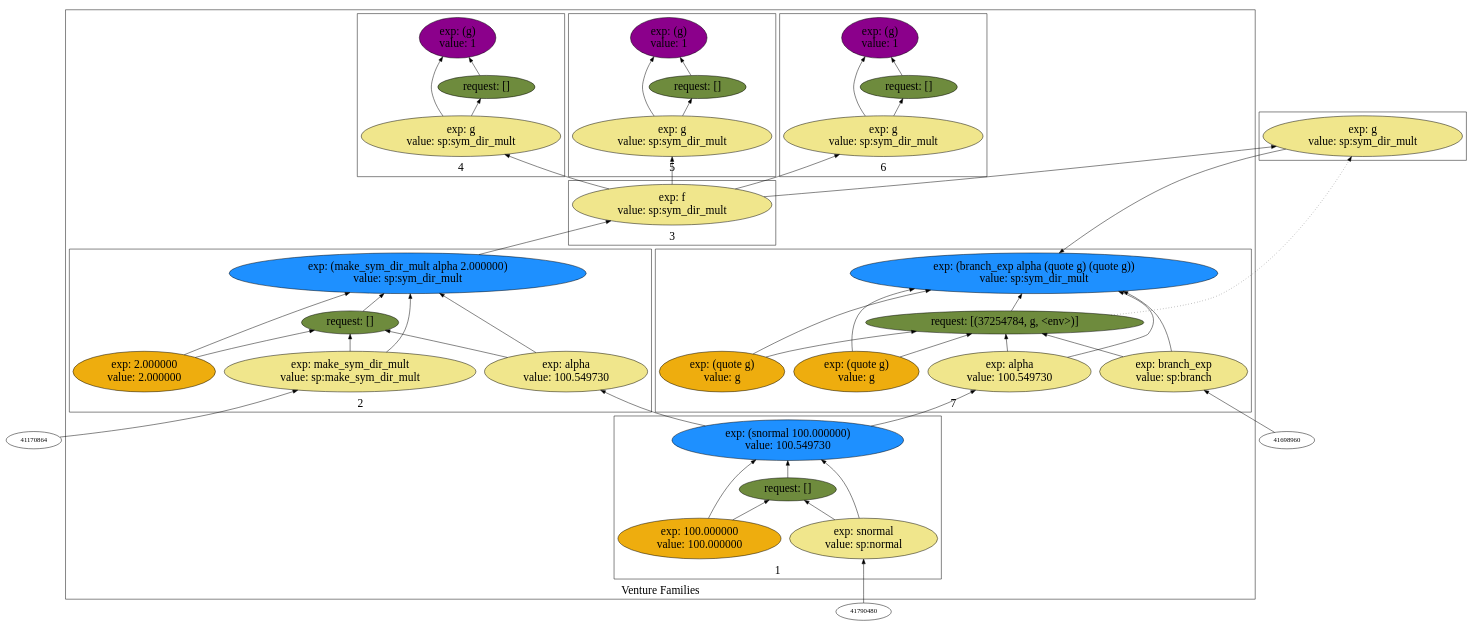
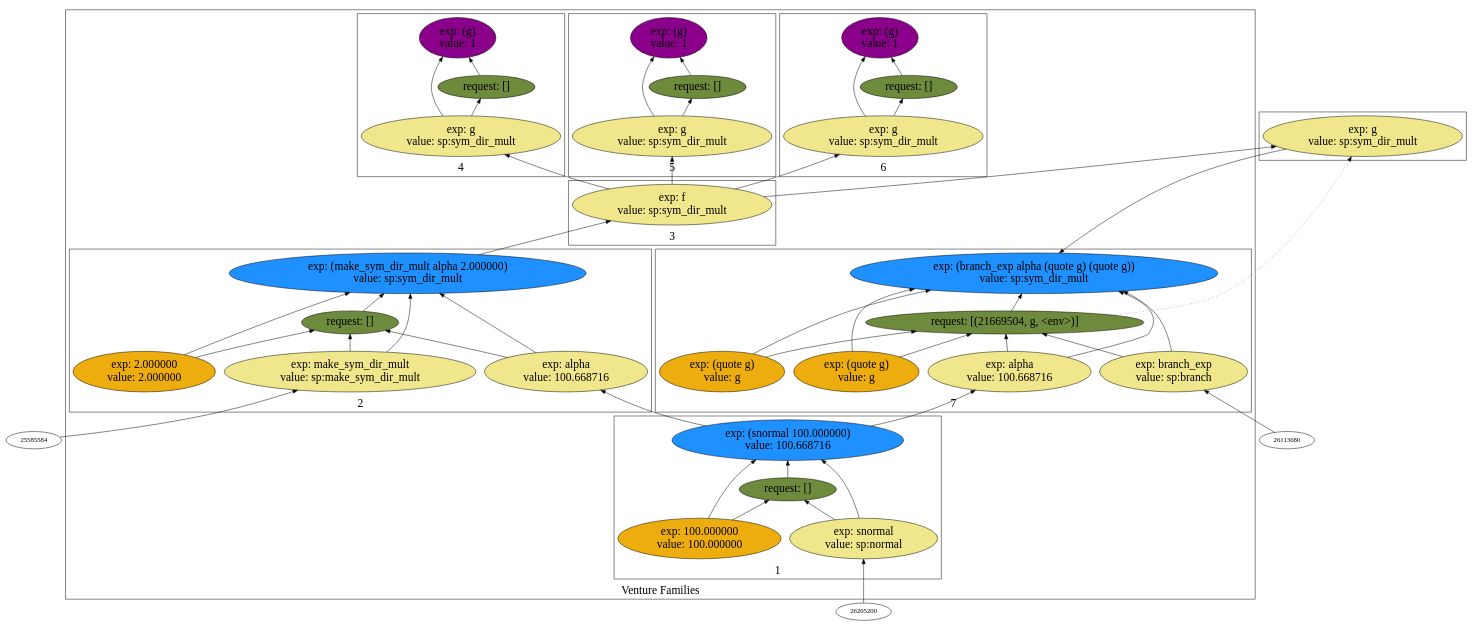
One commit to probcomp/Venturecxx changed the diagram in backend/cxx/pdf_graphs/aaa_challenge_with_aaa/dot1.dot. Above: the diagram before and after it, drawn with Graphviz. The commit also changed 326 other files, not shown here.

```diff
--- a/backend/cxx/pdf_graphs/aaa_challenge_with_aaa/dot1.dot
+++ b/backend/cxx/pdf_graphs/aaa_challenge_with_aaa/dot1.dot
@@ -5,105 +5,105 @@
 label="Venture Families"
 subgraph cluster2 {
 label="1"
-"36828112"["fillcolor"="dodgerblue" "fontsize"="24" "label"="exp: (snormal 100.000000)\nvalue: 100.549730" "shape"="ellipse" "style"="filled" ]
-"41282896"["fillcolor"="darkolivegreen4" "fontsize"="24" "label"="request: []" "shape"="ellipse" "style"="filled" ]
-"37170512"["fillcolor"="khaki" "fontsize"="24" "label"="exp: snormal\nvalue: sp:normal" "shape"="ellipse" "style"="filled" ]
-"35601072"["fillcolor"="darkgoldenrod2" "fontsize"="24" "label"="exp: 100.000000\nvalue: 100.000000" "shape"="ellipse" "style"="filled" ]
+"21242832"["fillcolor"="dodgerblue" "fontsize"="24" "label"="exp: (snormal 100.000000)\nvalue: 100.668716" "shape"="ellipse" "style"="filled" ]
+"25697616"["fillcolor"="darkolivegreen4" "fontsize"="24" "label"="request: []" "shape"="ellipse" "style"="filled" ]
+"21585232"["fillcolor"="khaki" "fontsize"="24" "label"="exp: snormal\nvalue: sp:normal" "shape"="ellipse" "style"="filled" ]
+"20015792"["fillcolor"="darkgoldenrod2" "fontsize"="24" "label"="exp: 100.000000\nvalue: 100.000000" "shape"="ellipse" "style"="filled" ]
 }
 
 subgraph cluster3 {
 label="2"
-"34675744"["fillcolor"="dodgerblue" "fontsize"="24" "label"="exp: (make_sym_dir_mult alpha 2.000000)\nvalue: sp:sym_dir_mult" "shape"="ellipse" "style"="filled" ]
-"35342768"["fillcolor"="darkolivegreen4" "fontsize"="24" "label"="request: []" "shape"="ellipse" "style"="filled" ]
-"35112672"["fillcolor"="khaki" "fontsize"="24" "label"="exp: make_sym_dir_mult\nvalue: sp:make_sym_dir_mult" "shape"="ellipse" "style"="filled" ]
-"35588656"["fillcolor"="khaki" "fontsize"="24" "label"="exp: alpha\nvalue: 100.549730" "shape"="ellipse" "style"="filled" ]
-"35128112"["fillcolor"="darkgoldenrod2" "fontsize"="24" "label"="exp: 2.000000\nvalue: 2.000000" "shape"="ellipse" "style"="filled" ]
+"19090464"["fillcolor"="dodgerblue" "fontsize"="24" "label"="exp: (make_sym_dir_mult alpha 2.000000)\nvalue: sp:sym_dir_mult" "shape"="ellipse" "style"="filled" ]
+"19757488"["fillcolor"="darkolivegreen4" "fontsize"="24" "label"="request: []" "shape"="ellipse" "style"="filled" ]
+"19527392"["fillcolor"="khaki" "fontsize"="24" "label"="exp: make_sym_dir_mult\nvalue: sp:make_sym_dir_mult" "shape"="ellipse" "style"="filled" ]
+"20003376"["fillcolor"="khaki" "fontsize"="24" "label"="exp: alpha\nvalue: 100.668716" "shape"="ellipse" "style"="filled" ]
+"19542832"["fillcolor"="darkgoldenrod2" "fontsize"="24" "label"="exp: 2.000000\nvalue: 2.000000" "shape"="ellipse" "style"="filled" ]
 }
 
 subgraph cluster4 {
 label="3"
-"36243120"["fillcolor"="khaki" "fontsize"="24" "label"="exp: f\nvalue: sp:sym_dir_mult" "shape"="ellipse" "style"="filled" ]
+"20657840"["fillcolor"="khaki" "fontsize"="24" "label"="exp: f\nvalue: sp:sym_dir_mult" "shape"="ellipse" "style"="filled" ]
 }
 
 subgraph cluster5 {
 label="4"
-"34747040"["fillcolor"="magenta4" "fontsize"="24" "label"="exp: (g)\nvalue: 1" "shape"="ellipse" "style"="filled" ]
-"36593296"["fillcolor"="darkolivegreen4" "fontsize"="24" "label"="request: []" "shape"="ellipse" "style"="filled" ]
-"36640224"["fillcolor"="khaki" "fontsize"="24" "label"="exp: g\nvalue: sp:sym_dir_mult" "shape"="ellipse" "style"="filled" ]
+"19161760"["fillcolor"="magenta4" "fontsize"="24" "label"="exp: (g)\nvalue: 1" "shape"="ellipse" "style"="filled" ]
+"21008016"["fillcolor"="darkolivegreen4" "fontsize"="24" "label"="request: []" "shape"="ellipse" "style"="filled" ]
+"21054944"["fillcolor"="khaki" "fontsize"="24" "label"="exp: g\nvalue: sp:sym_dir_mult" "shape"="ellipse" "style"="filled" ]
 }
 
 subgraph cluster6 {
 label="5"
-"36129440"["fillcolor"="magenta4" "fontsize"="24" "label"="exp: (g)\nvalue: 1" "shape"="ellipse" "style"="filled" ]
-"34848512"["fillcolor"="darkolivegreen4" "fontsize"="24" "label"="request: []" "shape"="ellipse" "style"="filled" ]
-"36839072"["fillcolor"="khaki" "fontsize"="24" "label"="exp: g\nvalue: sp:sym_dir_mult" "shape"="ellipse" "style"="filled" ]
+"20544160"["fillcolor"="magenta4" "fontsize"="24" "label"="exp: (g)\nvalue: 1" "shape"="ellipse" "style"="filled" ]
+"19263232"["fillcolor"="darkolivegreen4" "fontsize"="24" "label"="request: []" "shape"="ellipse" "style"="filled" ]
+"21253792"["fillcolor"="khaki" "fontsize"="24" "label"="exp: g\nvalue: sp:sym_dir_mult" "shape"="ellipse" "style"="filled" ]
 }
 
 subgraph cluster7 {
 label="6"
-"36121328"["fillcolor"="magenta4" "fontsize"="24" "label"="exp: (g)\nvalue: 1" "shape"="ellipse" "style"="filled" ]
-"36865616"["fillcolor"="darkolivegreen4" "fontsize"="24" "label"="request: []" "shape"="ellipse" "style"="filled" ]
-"37179568"["fillcolor"="khaki" "fontsize"="24" "label"="exp: g\nvalue: sp:sym_dir_mult" "shape"="ellipse" "style"="filled" ]
+"20536048"["fillcolor"="magenta4" "fontsize"="24" "label"="exp: (g)\nvalue: 1" "shape"="ellipse" "style"="filled" ]
+"21280336"["fillcolor"="darkolivegreen4" "fontsize"="24" "label"="request: []" "shape"="ellipse" "style"="filled" ]
+"21594288"["fillcolor"="khaki" "fontsize"="24" "label"="exp: g\nvalue: sp:sym_dir_mult" "shape"="ellipse" "style"="filled" ]
 }
 
 subgraph cluster8 {
 label="7"
-"35549456"["fillcolor"="dodgerblue" "fontsize"="24" "label"="exp: (branch_exp alpha (quote g) (quote g))\nvalue: sp:sym_dir_mult" "shape"="ellipse" "style"="filled" ]
-"37254784"["fillcolor"="darkolivegreen4" "fontsize"="24" "label"="request: [(37254784, g, <env>)]" "shape"="ellipse" "style"="filled" ]
-"37726128"["fillcolor"="khaki" "fontsize"="24" "label"="exp: branch_exp\nvalue: sp:branch" "shape"="ellipse" "style"="filled" ]
-"36870592"["fillcolor"="khaki" "fontsize"="24" "label"="exp: alpha\nvalue: 100.549730" "shape"="ellipse" "style"="filled" ]
-"33142112"["fillcolor"="darkgoldenrod2" "fontsize"="24" "label"="exp: (quote g)\nvalue: g" "shape"="ellipse" "style"="filled" ]
-"37154352"["fillcolor"="darkgoldenrod2" "fontsize"="24" "label"="exp: (quote g)\nvalue: g" "shape"="ellipse" "style"="filled" ]
+"19964176"["fillcolor"="dodgerblue" "fontsize"="24" "label"="exp: (branch_exp alpha (quote g) (quote g))\nvalue: sp:sym_dir_mult" "shape"="ellipse" "style"="filled" ]
+"21669504"["fillcolor"="darkolivegreen4" "fontsize"="24" "label"="request: [(21669504, g, <env>)]" "shape"="ellipse" "style"="filled" ]
+"22140848"["fillcolor"="khaki" "fontsize"="24" "label"="exp: branch_exp\nvalue: sp:branch" "shape"="ellipse" "style"="filled" ]
+"21285312"["fillcolor"="khaki" "fontsize"="24" "label"="exp: alpha\nvalue: 100.668716" "shape"="ellipse" "style"="filled" ]
+"17556832"["fillcolor"="darkgoldenrod2" "fontsize"="24" "label"="exp: (quote g)\nvalue: g" "shape"="ellipse" "style"="filled" ]
+"21569072"["fillcolor"="darkgoldenrod2" "fontsize"="24" "label"="exp: (quote g)\nvalue: g" "shape"="ellipse" "style"="filled" ]
 }
 
 }
 
 subgraph cluster9 {
 label=""
-"35141008"["fillcolor"="khaki" "fontsize"="24" "label"="exp: g\nvalue: sp:sym_dir_mult" "shape"="ellipse" "style"="filled" ]
+"19555728"["fillcolor"="khaki" "fontsize"="24" "label"="exp: g\nvalue: sp:sym_dir_mult" "shape"="ellipse" "style"="filled" ]
 }
 
-"35112672" -> "34675744"["arrowhead"="normal" "color"="black" "constraint"="true" "style"="solid" ]
-"35112672" -> "35342768"["arrowhead"="normal" "color"="black" "constraint"="true" "style"="solid" ]
-"41170864" -> "35112672"["arrowhead"="normal" "color"="black" "constraint"="true" "style"="solid" ]
-"35588656" -> "34675744"["arrowhead"="normal" "color"="black" "constraint"="true" "style"="solid" ]
-"35588656" -> "35342768"["arrowhead"="normal" "color"="black" "constraint"="true" "style"="solid" ]
-"36828112" -> "35588656"["arrowhead"="normal" "color"="black" "constraint"="true" "style"="solid" ]
-"35128112" -> "34675744"["arrowhead"="normal" "color"="black" "constraint"="true" "style"="solid" ]
-"35128112" -> "35342768"["arrowhead"="normal" "color"="black" "constraint"="true" "style"="solid" ]
-"35342768" -> "34675744"["arrowhead"="normal" "color"="black" "constraint"="true" "style"="solid" ]
-"36640224" -> "34747040"["arrowhead"="normal" "color"="black" "constraint"="true" "style"="solid" ]
-"36640224" -> "36593296"["arrowhead"="normal" "color"="black" "constraint"="true" "style"="solid" ]
-"36243120" -> "36640224"["arrowhead"="normal" "color"="black" "constraint"="true" "style"="solid" ]
-"36593296" -> "34747040"["arrowhead"="normal" "color"="black" "constraint"="true" "style"="solid" ]
-"36243120" -> "35141008"["arrowhead"="normal" "color"="black" "constraint"="true" "style"="solid" ]
-"37726128" -> "35549456"["arrowhead"="normal" "color"="black" "constraint"="true" "style"="solid" ]
-"37726128" -> "37254784"["arrowhead"="normal" "color"="black" "constraint"="true" "style"="solid" ]
-"41698960" -> "37726128"["arrowhead"="normal" "color"="black" "constraint"="true" "style"="solid" ]
-"36870592" -> "35549456"["arrowhead"="normal" "color"="black" "constraint"="true" "style"="solid" ]
-"36870592" -> "37254784"["arrowhead"="normal" "color"="black" "constraint"="true" "style"="solid" ]
-"36828112" -> "36870592"["arrowhead"="normal" "color"="black" "constraint"="true" "style"="solid" ]
-"33142112" -> "35549456"["arrowhead"="normal" "color"="black" "constraint"="true" "style"="solid" ]
-"33142112" -> "37254784"["arrowhead"="normal" "color"="black" "constraint"="true" "style"="solid" ]
-"37154352" -> "35549456"["arrowhead"="normal" "color"="black" "constraint"="true" "style"="solid" ]
-"37154352" -> "37254784"["arrowhead"="normal" "color"="black" "constraint"="true" "style"="solid" ]
-"37254784" -> "35549456"["arrowhead"="normal" "color"="black" "constraint"="true" "style"="solid" ]
-"35141008" -> "35549456"["arrowhead"="normal" "color"="black" "constraint"="true" "style"="solid" ]
-"37254784" -> "35141008"["arrowhead"="normal" "color"="black" "constraint"="false" "style"="dotted" ]
-"37179568" -> "36121328"["arrowhead"="normal" "color"="black" "constraint"="true" "style"="solid" ]
-"37179568" -> "36865616"["arrowhead"="normal" "color"="black" "constraint"="true" "style"="solid" ]
-"36243120" -> "37179568"["arrowhead"="normal" "color"="black" "constraint"="true" "style"="solid" ]
-"36865616" -> "36121328"["arrowhead"="normal" "color"="black" "constraint"="true" "style"="solid" ]
-"36839072" -> "36129440"["arrowhead"="normal" "color"="black" "constraint"="true" "style"="solid" ]
-"36839072" -> "34848512"["arrowhead"="normal" "color"="black" "constraint"="true" "style"="solid" ]
-"36243120" -> "36839072"["arrowhead"="normal" "color"="black" "constraint"="true" "style"="solid" ]
-"34848512" -> "36129440"["arrowhead"="normal" "color"="black" "constraint"="true" "style"="solid" ]
-"34675744" -> "36243120"["arrowhead"="normal" "color"="black" "constraint"="true" "style"="solid" ]
-"37170512" -> "36828112"["arrowhead"="normal" "color"="black" "constraint"="true" "style"="solid" ]
-"37170512" -> "41282896"["arrowhead"="normal" "color"="black" "constraint"="true" "style"="solid" ]
-"41790480" -> "37170512"["arrowhead"="normal" "color"="black" "constraint"="true" "style"="solid" ]
-"35601072" -> "36828112"["arrowhead"="normal" "color"="black" "constraint"="true" "style"="solid" ]
-"35601072" -> "41282896"["arrowhead"="normal" "color"="black" "constraint"="true" "style"="solid" ]
-"41282896" -> "36828112"["arrowhead"="normal" "color"="black" "constraint"="true" "style"="solid" ]
+"19527392" -> "19090464"["arrowhead"="normal" "color"="black" "constraint"="true" "style"="solid" ]
+"19527392" -> "19757488"["arrowhead"="normal" "color"="black" "constraint"="true" "style"="solid" ]
+"25585584" -> "19527392"["arrowhead"="normal" "color"="black" "constraint"="true" "style"="solid" ]
+"20003376" -> "19090464"["arrowhead"="normal" "color"="black" "constraint"="true" "style"="solid" ]
+"20003376" -> "19757488"["arrowhead"="normal" "color"="black" "constraint"="true" "style"="solid" ]
+"21242832" -> "20003376"["arrowhead"="normal" "color"="black" "constraint"="true" "style"="solid" ]
+"19542832" -> "19090464"["arrowhead"="normal" "color"="black" "constraint"="true" "style"="solid" ]
+"19542832" -> "19757488"["arrowhead"="normal" "color"="black" "constraint"="true" "style"="solid" ]
+"19757488" -> "19090464"["arrowhead"="normal" "color"="black" "constraint"="true" "style"="solid" ]
+"21054944" -> "19161760"["arrowhead"="normal" "color"="black" "constraint"="true" "style"="solid" ]
+"21054944" -> "21008016"["arrowhead"="normal" "color"="black" "constraint"="true" "style"="solid" ]
+"20657840" -> "21054944"["arrowhead"="normal" "color"="black" "constraint"="true" "style"="solid" ]
+"21008016" -> "19161760"["arrowhead"="normal" "color"="black" "constraint"="true" "style"="solid" ]
+"20657840" -> "19555728"["arrowhead"="normal" "color"="black" "constraint"="true" "style"="solid" ]
+"22140848" -> "19964176"["arrowhead"="normal" "color"="black" "constraint"="true" "style"="solid" ]
+"22140848" -> "21669504"["arrowhead"="normal" "color"="black" "constraint"="true" "style"="solid" ]
+"26113680" -> "22140848"["arrowhead"="normal" "color"="black" "constraint"="true" "style"="solid" ]
+"21285312" -> "19964176"["arrowhead"="normal" "color"="black" "constraint"="true" "style"="solid" ]
+"21285312" -> "21669504"["arrowhead"="normal" "color"="black" "constraint"="true" "style"="solid" ]
+"21242832" -> "21285312"["arrowhead"="normal" "color"="black" "constraint"="true" "style"="solid" ]
+"17556832" -> "19964176"["arrowhead"="normal" "color"="black" "constraint"="true" "style"="solid" ]
+"17556832" -> "21669504"["arrowhead"="normal" "color"="black" "constraint"="true" "style"="solid" ]
+"21569072" -> "19964176"["arrowhead"="normal" "color"="black" "constraint"="true" "style"="solid" ]
+"21569072" -> "21669504"["arrowhead"="normal" "color"="black" "constraint"="true" "style"="solid" ]
+"21669504" -> "19964176"["arrowhead"="normal" "color"="black" "constraint"="true" "style"="solid" ]
+"19555728" -> "19964176"["arrowhead"="normal" "color"="black" "constraint"="true" "style"="solid" ]
+"21669504" -> "19555728"["arrowhead"="normal" "color"="black" "constraint"="false" "style"="dotted" ]
+"21594288" -> "20536048"["arrowhead"="normal" "color"="black" "constraint"="true" "style"="solid" ]
+"21594288" -> "21280336"["arrowhead"="normal" "color"="black" "constraint"="true" "style"="solid" ]
+"20657840" -> "21594288"["arrowhead"="normal" "color"="black" "constraint"="true" "style"="solid" ]
+"21280336" -> "20536048"["arrowhead"="normal" "color"="black" "constraint"="true" "style"="solid" ]
+"21253792" -> "20544160"["arrowhead"="normal" "color"="black" "constraint"="true" "style"="solid" ]
+"21253792" -> "19263232"["arrowhead"="normal" "color"="black" "constraint"="true" "style"="solid" ]
+"20657840" -> "21253792"["arrowhead"="normal" "color"="black" "constraint"="true" "style"="solid" ]
+"19263232" -> "20544160"["arrowhead"="normal" "color"="black" "constraint"="true" "style"="solid" ]
+"19090464" -> "20657840"["arrowhead"="normal" "color"="black" "constraint"="true" "style"="solid" ]
+"21585232" -> "21242832"["arrowhead"="normal" "color"="black" "constraint"="true" "style"="solid" ]
+"21585232" -> "25697616"["arrowhead"="normal" "color"="black" "constraint"="true" "style"="solid" ]
+"26205200" -> "21585232"["arrowhead"="normal" "color"="black" "constraint"="true" "style"="solid" ]
+"20015792" -> "21242832"["arrowhead"="normal" "color"="black" "constraint"="true" "style"="solid" ]
+"20015792" -> "25697616"["arrowhead"="normal" "color"="black" "constraint"="true" "style"="solid" ]
+"25697616" -> "21242832"["arrowhead"="normal" "color"="black" "constraint"="true" "style"="solid" ]
 
 }
```
